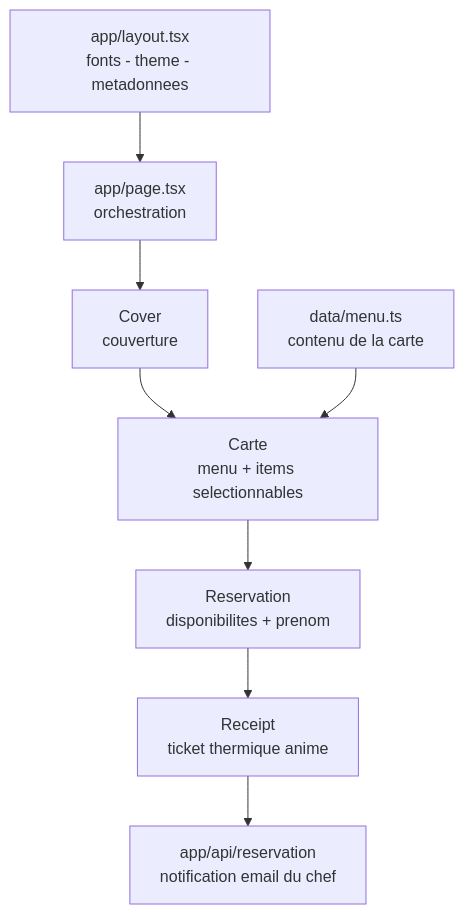
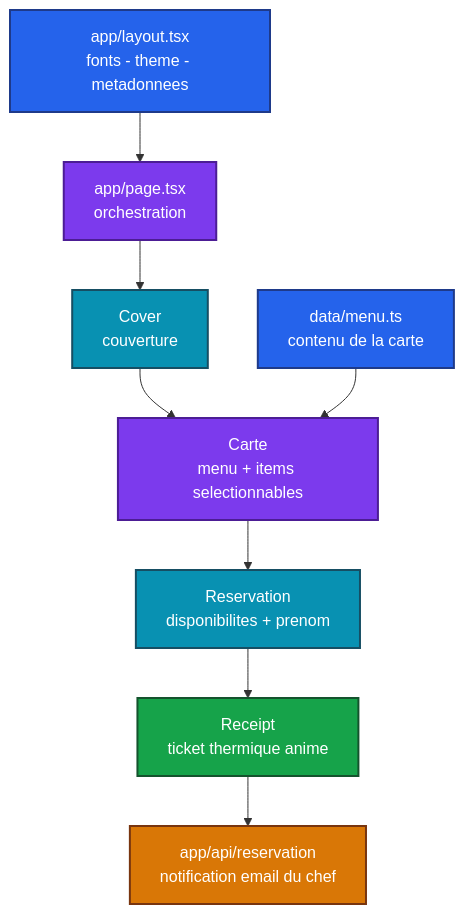
The diagram in README.md (Adam-Blf/la-carte), drawn with Mermaid before and after one commit.

Commit message:
docs: add colors to mermaid diagrams (#6)
Each node gets a palette class (by subgraph or by flow depth), subgraphs are tinted, non-flowchart diagrams use a colored base theme. Validated by rendering every diagram before and after.

````diff
--- a/README.md
+++ b/README.md
@@ -73,15 +73,26 @@
 ```mermaid
 flowchart TB
     L["app/layout.tsx<br/>fonts - theme - metadonnees"]
     P["app/page.tsx<br/>orchestration"]
     COV["Cover<br/>couverture"]
     CAR["Carte<br/>menu + items selectionnables"]
     RES["Reservation<br/>disponibilites + prenom"]
     REC["Receipt<br/>ticket thermique anime"]
     MENU["data/menu.ts<br/>contenu de la carte"]
     APIR["app/api/reservation<br/>notification email du chef"]
     L --> P
     P --> COV --> CAR --> RES --> REC
     MENU --> CAR
     REC --> APIR
+
+    classDef c0 fill:#2563eb,stroke:#1e3a8a,stroke-width:2px,color:#ffffff
+    classDef c1 fill:#7c3aed,stroke:#4c1d95,stroke-width:2px,color:#ffffff
+    classDef c2 fill:#0891b2,stroke:#164e63,stroke-width:2px,color:#ffffff
+    classDef c3 fill:#16a34a,stroke:#14532d,stroke-width:2px,color:#ffffff
+    classDef c4 fill:#d97706,stroke:#78350f,stroke-width:2px,color:#ffffff
+    class L,MENU c0
+    class P,CAR c1
+    class COV,RES c2
+    class REC c3
+    class APIR c4
 ```
````
